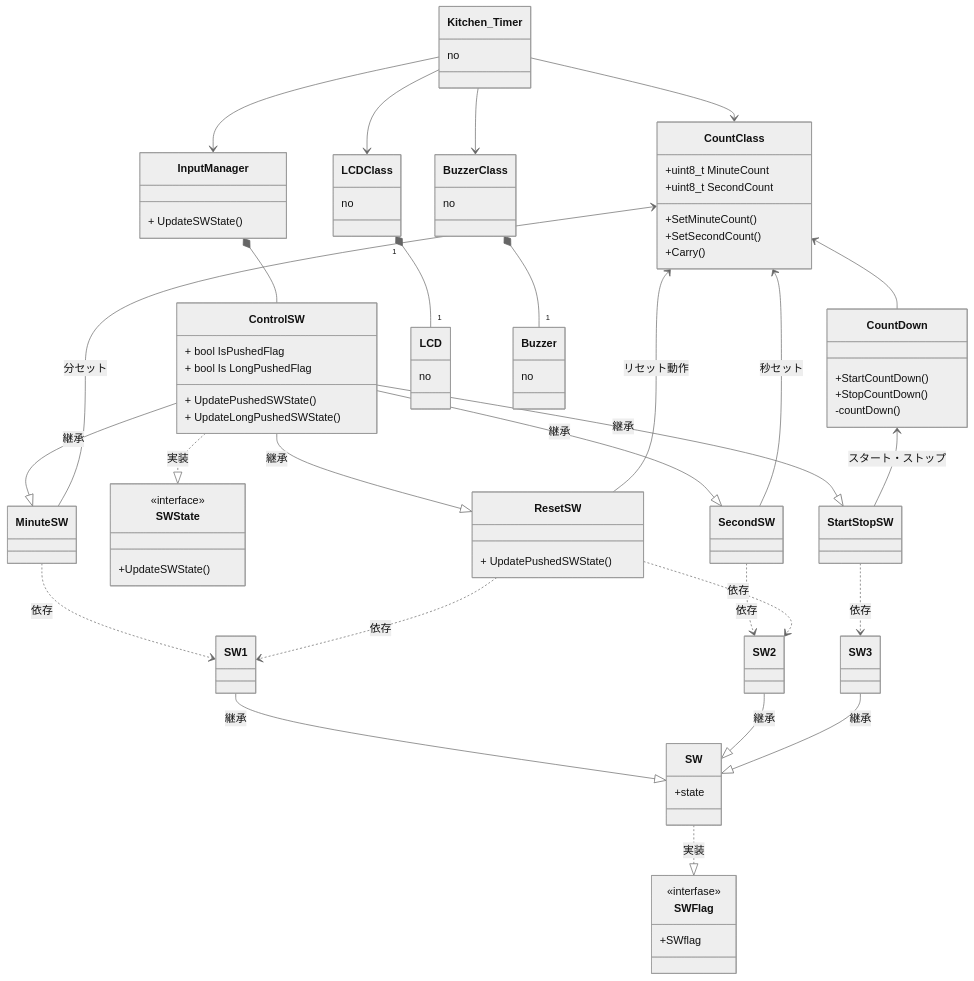
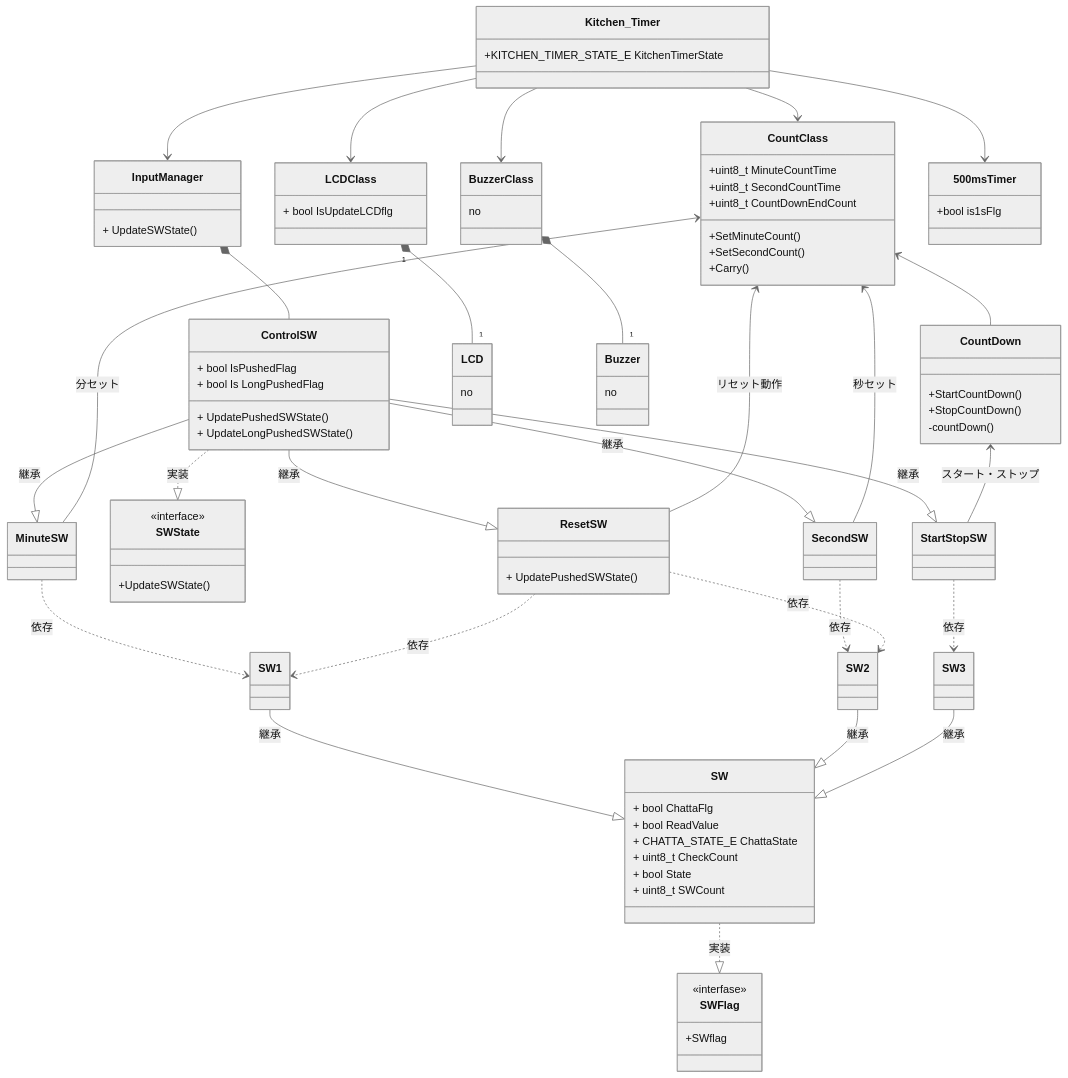
One commit to hakohumi/comp.Kitchen_Timer changed the diagram in 資料/設計/クラス図_mermaid.md. Above: the diagram before and after it, drawn with Mermaid (neutral theme). The commit also changed 95 other files, not shown here.

```diff
--- a/資料/設計/クラス図_mermaid.md
+++ b/資料/設計/クラス図_mermaid.md
@@ -5,9 +5,8 @@
 classDiagram
 
 class Kitchen_Timer{
-    no
+    +KITCHEN_TIMER_STATE_E KitchenTimerState
 }
-
 
 class InputManager{
     + UpdateSWState()
@@ -26,8 +25,9 @@
 
 
 class CountClass{
-    +uint8_t MinuteCount
-    +uint8_t SecondCount
+    +uint8_t MinuteCountTime
+    +uint8_t SecondCountTime
+    +uint8_t CountDownEndCount
 
     +SetMinuteCount()
     +SetSecondCount()
@@ -53,11 +53,16 @@
 }
 
 class SW{
-    +state
+    + bool ChattaFlg
+    + bool ReadValue
+    + CHATTA_STATE_E ChattaState
+    + uint8_t CheckCount
+    + bool State
+    + uint8_t SWCount
 }
 
 class LCDClass{
-    no
+    + bool IsUpdateLCDflg
 }
 class LCD{
     no
@@ -71,7 +76,11 @@
     no
 }
 
+class 500msTimer{
+    +bool is1sFlg
+}
 
+Kitchen_Timer --> 500msTimer
 Kitchen_Timer --> InputManager
 InputManager *-- ControlSW
 
```
